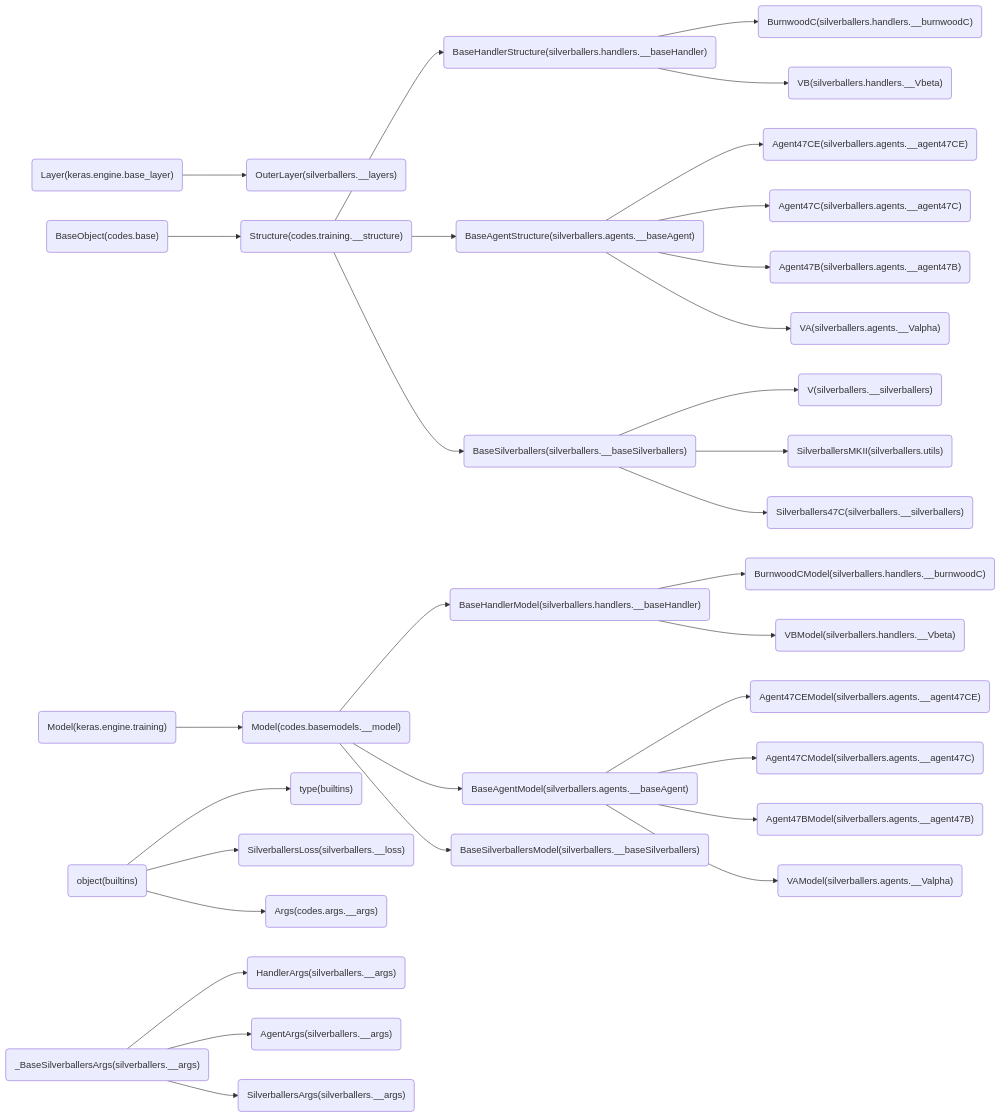
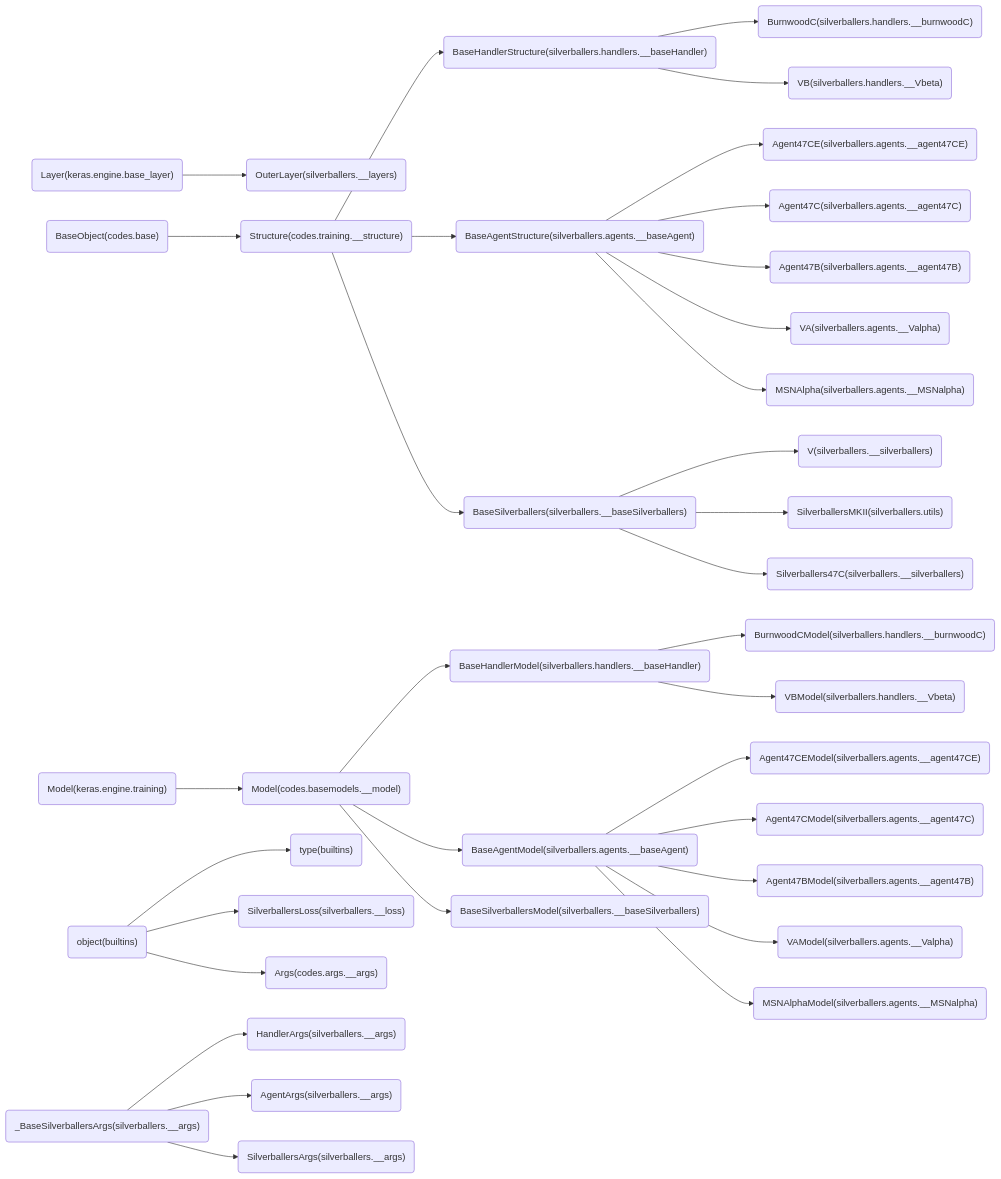
One commit to cocoon2wong/Project-Jocker changed the second of 2 diagrams in classRef.md. Above: the diagram before and after it, drawn with Mermaid. The commit also changed other lines of this file and 4 other files, not shown here.

````diff
--- a/classRef.md
+++ b/classRef.md
@@ -76,33 +81,35 @@
 ```mermaid
     graph LR
         keras.engine.base_layer_Layer("Layer(keras.engine.base_layer)") --> silverballers.__layers_OuterLayer("OuterLayer(silverballers.__layers)")
         builtins_object("object(builtins)") --> builtins_type("type(builtins)")
         silverballers.__args__BaseSilverballersArgs("_BaseSilverballersArgs(silverballers.__args)") --> silverballers.__args_HandlerArgs("HandlerArgs(silverballers.__args)")
         silverballers.handlers.__baseHandler_BaseHandlerModel("BaseHandlerModel(silverballers.handlers.__baseHandler)") --> silverballers.handlers.__burnwoodC_BurnwoodCModel("BurnwoodCModel(silverballers.handlers.__burnwoodC)")
         silverballers.handlers.__baseHandler_BaseHandlerStructure("BaseHandlerStructure(silverballers.handlers.__baseHandler)") --> silverballers.handlers.__burnwoodC_BurnwoodC("BurnwoodC(silverballers.handlers.__burnwoodC)")
         codes.training.__structure_Structure("Structure(codes.training.__structure)") --> silverballers.handlers.__baseHandler_BaseHandlerStructure("BaseHandlerStructure(silverballers.handlers.__baseHandler)")
         codes.basemodels.__model_Model("Model(codes.basemodels.__model)") --> silverballers.handlers.__baseHandler_BaseHandlerModel("BaseHandlerModel(silverballers.handlers.__baseHandler)")
         codes.base_BaseObject("BaseObject(codes.base)") --> codes.training.__structure_Structure("Structure(codes.training.__structure)")
         builtins_object("object(builtins)") --> silverballers.__loss_SilverballersLoss("SilverballersLoss(silverballers.__loss)")
         keras.engine.training_Model("Model(keras.engine.training)") --> codes.basemodels.__model_Model("Model(codes.basemodels.__model)")
         silverballers.handlers.__baseHandler_BaseHandlerModel("BaseHandlerModel(silverballers.handlers.__baseHandler)") --> silverballers.handlers.__Vbeta_VBModel("VBModel(silverballers.handlers.__Vbeta)")
         silverballers.handlers.__baseHandler_BaseHandlerStructure("BaseHandlerStructure(silverballers.handlers.__baseHandler)") --> silverballers.handlers.__Vbeta_VB("VB(silverballers.handlers.__Vbeta)")
         codes.training.__structure_Structure("Structure(codes.training.__structure)") --> silverballers.agents.__baseAgent_BaseAgentStructure("BaseAgentStructure(silverballers.agents.__baseAgent)")
         codes.basemodels.__model_Model("Model(codes.basemodels.__model)") --> silverballers.agents.__baseAgent_BaseAgentModel("BaseAgentModel(silverballers.agents.__baseAgent)")
         silverballers.__args__BaseSilverballersArgs("_BaseSilverballersArgs(silverballers.__args)") --> silverballers.__args_AgentArgs("AgentArgs(silverballers.__args)")
         silverballers.agents.__baseAgent_BaseAgentModel("BaseAgentModel(silverballers.agents.__baseAgent)") --> silverballers.agents.__agent47CE_Agent47CEModel("Agent47CEModel(silverballers.agents.__agent47CE)")
         silverballers.agents.__baseAgent_BaseAgentStructure("BaseAgentStructure(silverballers.agents.__baseAgent)") --> silverballers.agents.__agent47CE_Agent47CE("Agent47CE(silverballers.agents.__agent47CE)")
         silverballers.agents.__baseAgent_BaseAgentModel("BaseAgentModel(silverballers.agents.__baseAgent)") --> silverballers.agents.__agent47C_Agent47CModel("Agent47CModel(silverballers.agents.__agent47C)")
         silverballers.agents.__baseAgent_BaseAgentStructure("BaseAgentStructure(silverballers.agents.__baseAgent)") --> silverballers.agents.__agent47C_Agent47C("Agent47C(silverballers.agents.__agent47C)")
         silverballers.agents.__baseAgent_BaseAgentModel("BaseAgentModel(silverballers.agents.__baseAgent)") --> silverballers.agents.__agent47B_Agent47BModel("Agent47BModel(silverballers.agents.__agent47B)")
         silverballers.agents.__baseAgent_BaseAgentStructure("BaseAgentStructure(silverballers.agents.__baseAgent)") --> silverballers.agents.__agent47B_Agent47B("Agent47B(silverballers.agents.__agent47B)")
         silverballers.agents.__baseAgent_BaseAgentModel("BaseAgentModel(silverballers.agents.__baseAgent)") --> silverballers.agents.__Valpha_VAModel("VAModel(silverballers.agents.__Valpha)")
         silverballers.agents.__baseAgent_BaseAgentStructure("BaseAgentStructure(silverballers.agents.__baseAgent)") --> silverballers.agents.__Valpha_VA("VA(silverballers.agents.__Valpha)")
+        silverballers.agents.__baseAgent_BaseAgentModel("BaseAgentModel(silverballers.agents.__baseAgent)") --> silverballers.agents.__MSNalpha_MSNAlphaModel("MSNAlphaModel(silverballers.agents.__MSNalpha)")
+        silverballers.agents.__baseAgent_BaseAgentStructure("BaseAgentStructure(silverballers.agents.__baseAgent)") --> silverballers.agents.__MSNalpha_MSNAlpha("MSNAlpha(silverballers.agents.__MSNalpha)")
         silverballers.__baseSilverballers_BaseSilverballers("BaseSilverballers(silverballers.__baseSilverballers)") --> silverballers.__silverballers_V("V(silverballers.__silverballers)")
         codes.basemodels.__model_Model("Model(codes.basemodels.__model)") --> silverballers.__baseSilverballers_BaseSilverballersModel("BaseSilverballersModel(silverballers.__baseSilverballers)")
         silverballers.__baseSilverballers_BaseSilverballers("BaseSilverballers(silverballers.__baseSilverballers)") --> silverballers.utils_SilverballersMKII("SilverballersMKII(silverballers.utils)")
         silverballers.__args__BaseSilverballersArgs("_BaseSilverballersArgs(silverballers.__args)") --> silverballers.__args_SilverballersArgs("SilverballersArgs(silverballers.__args)")
         silverballers.__baseSilverballers_BaseSilverballers("BaseSilverballers(silverballers.__baseSilverballers)") --> silverballers.__silverballers_Silverballers47C("Silverballers47C(silverballers.__silverballers)")
         codes.training.__structure_Structure("Structure(codes.training.__structure)") --> silverballers.__baseSilverballers_BaseSilverballers("BaseSilverballers(silverballers.__baseSilverballers)")
         builtins_object("object(builtins)") --> codes.args.__args_Args("Args(codes.args.__args)")
 ```
````
